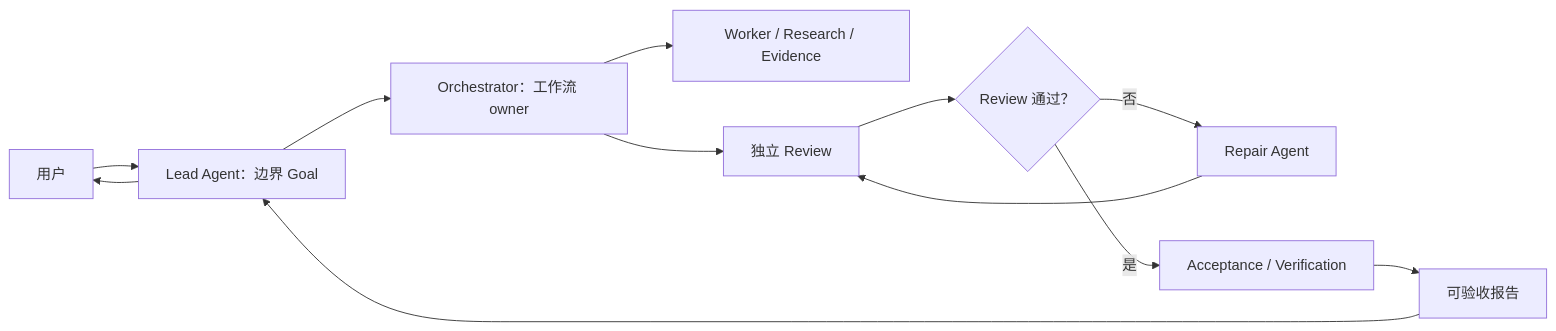
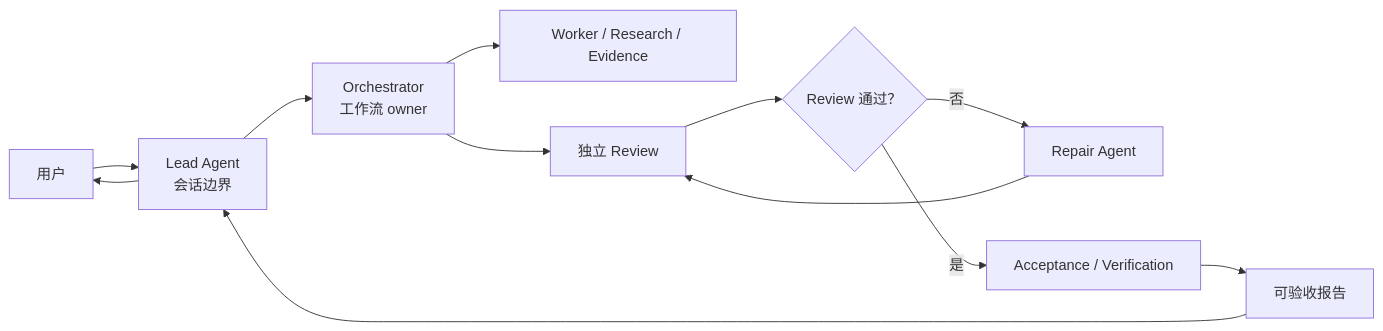
One commit to patrick-fu/parallel-goal-workflows changed the first of 2 diagrams in README.zh-CN.md. Above: the diagram before and after it, drawn with Mermaid. The commit also changed other lines of this file and 1 other file, not shown here.

First line of the commit message:
Rewrite standalone parallel goal workflow README

````diff
--- a/README.zh-CN.md
+++ b/README.zh-CN.md
@@ -78,14 +36,14 @@
 ```mermaid
 flowchart LR
-  User["用户"] --> Lead["Lead Agent：边界 Goal"]
-  Lead --> Orchestrator["Orchestrator：工作流 owner"]
+  User["用户"] --> Lead["Lead Agent<br/>会话边界"]
+  Lead --> Orchestrator["Orchestrator<br/>工作流 owner"]
   Orchestrator --> Workers["Worker / Research / Evidence"]
   Orchestrator --> Review["独立 Review"]
   Review --> Decision{"Review 通过？"}
   Decision -- "否" --> Repair["Repair Agent"]
   Repair --> Review
   Decision -- "是" --> Acceptance["Acceptance / Verification"]
   Acceptance --> Report["可验收报告"]
   Report --> Lead
   Lead --> User
 ```
````
